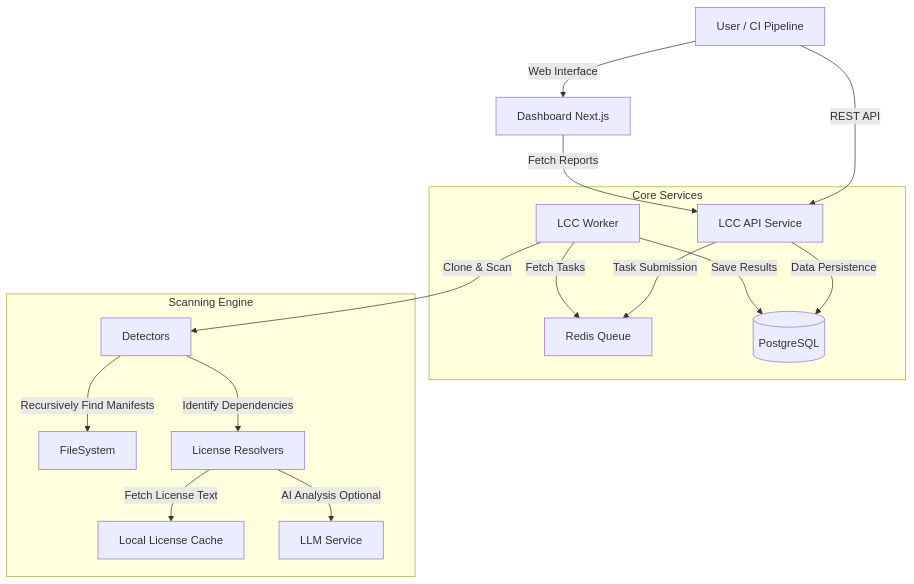
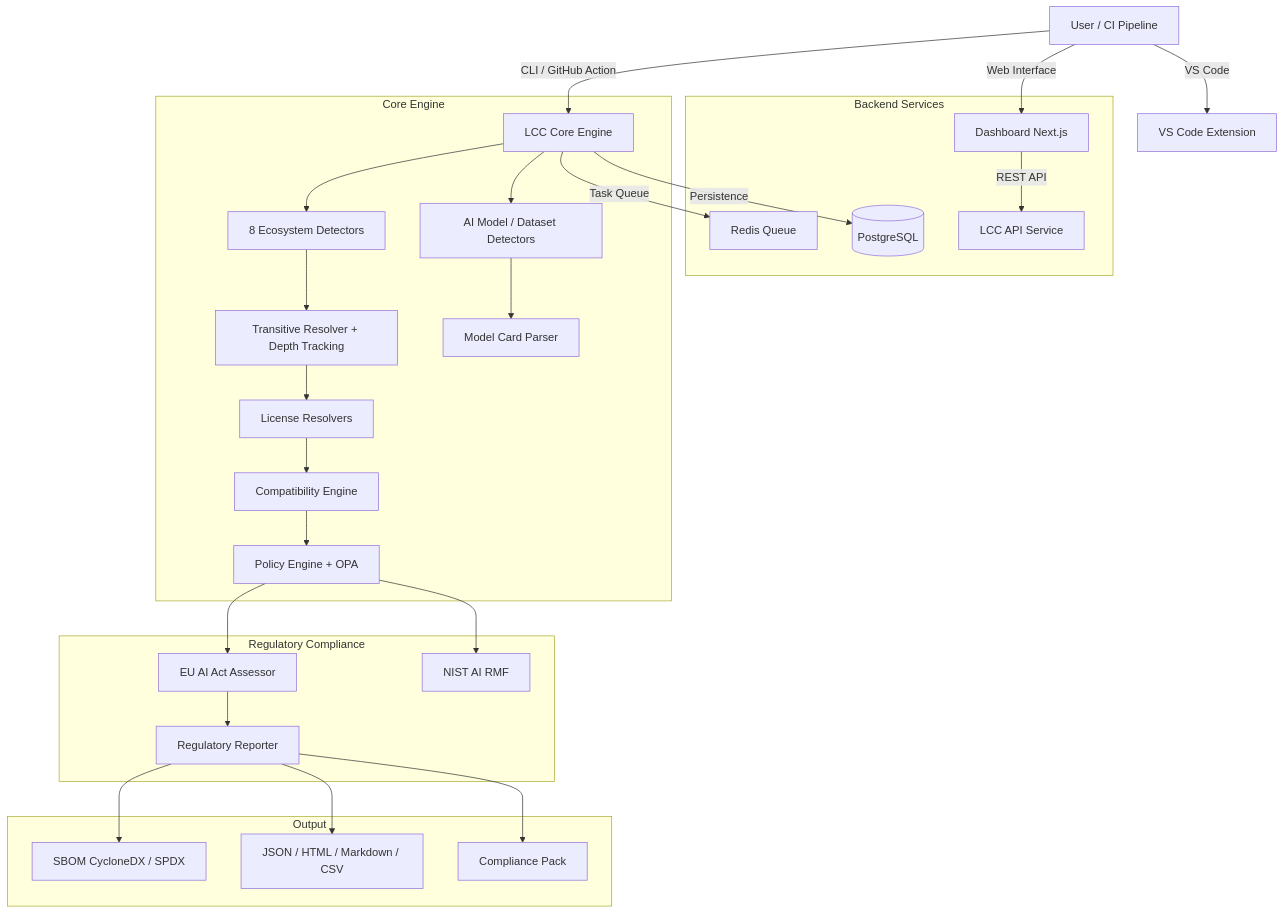
One commit to aiexponenthq/license-compliance-checker changed the diagram in README.md. Above: the diagram before and after it, drawn with Mermaid. The commit also changed other lines of this file and 11 other files, not shown here.

````diff
--- a/README.md
+++ b/README.md
@@ -38,22 +311,34 @@
 ```mermaid
 graph TD
-    User[User / CI Pipeline] -->|REST API| API[LCC API Service]
+    User[User / CI Pipeline] -->|CLI / GitHub Action| Core[LCC Core Engine]
     User -->|Web Interface| UI[Dashboard Next.js]
-    
-    subgraph Core_Services [Core Services]
-        API -->|Task Submission| Redis[Redis Queue]
-        API -->|Data Persistence| DB[(PostgreSQL)]
-        Worker[LCC Worker] -->|Fetch Tasks| Redis
+    User -->|VS Code| VSCode[VS Code Extension]
+
+    subgraph Core_Engine [Core Engine]
+        Core --> Detectors[8 Ecosystem Detectors]
+        Core --> AIDetectors[AI Model / Dataset Detectors]
+        Detectors --> TransDeps[Transitive Resolver + Depth Tracking]
+        AIDetectors --> ModelCard[Model Card Parser]
+        TransDeps --> Resolvers[License Resolvers]
+        Resolvers --> Compat[Compatibility Engine]
+        Compat --> PolicyEngine[Policy Engine + OPA]
     end
-    
-    subgraph Scanning_Engine [Scanning Engine]
-        Worker -->|Clone & Scan| Detectors[Detectors]
-        Detectors -->|Recursively Find Manifests| FileSystem
-        Detectors -->|Identify Dependencies| Resolvers[License Resolvers]
-        Resolvers -->|Fetch License Text| Cache[Local License Cache]
-        Resolvers -->|AI Analysis Optional| LLM[LLM Service]
+
+    subgraph Regulatory [Regulatory Compliance]
+        PolicyEngine --> EUAIAct[EU AI Act Assessor]
+        PolicyEngine --> NIST[NIST AI RMF]
+        EUAIAct --> Reporter[Regulatory Reporter]
     end
-    
-    Worker -->|Save Results| DB
-    UI -->|Fetch Reports| API
+
+    subgraph Output [Output]
+        Reporter --> SBOM[SBOM CycloneDX / SPDX]
+        Reporter --> Reports[JSON / HTML / Markdown / CSV]
+        Reporter --> CompPack[Compliance Pack]
+    end
+
+    subgraph Services [Backend Services]
+        Core -->|Task Queue| Redis[Redis Queue]
+        Core -->|Persistence| DB[(PostgreSQL)]
+        UI -->|REST API| API[LCC API Service]
+    end
 ```
````
